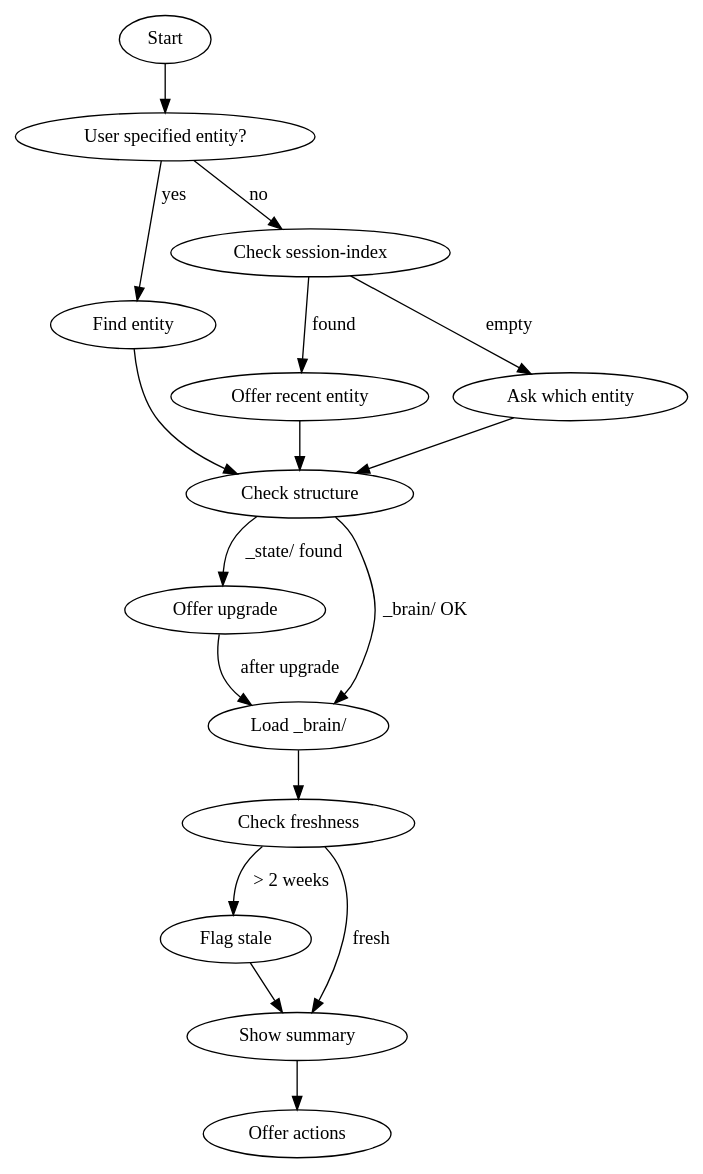
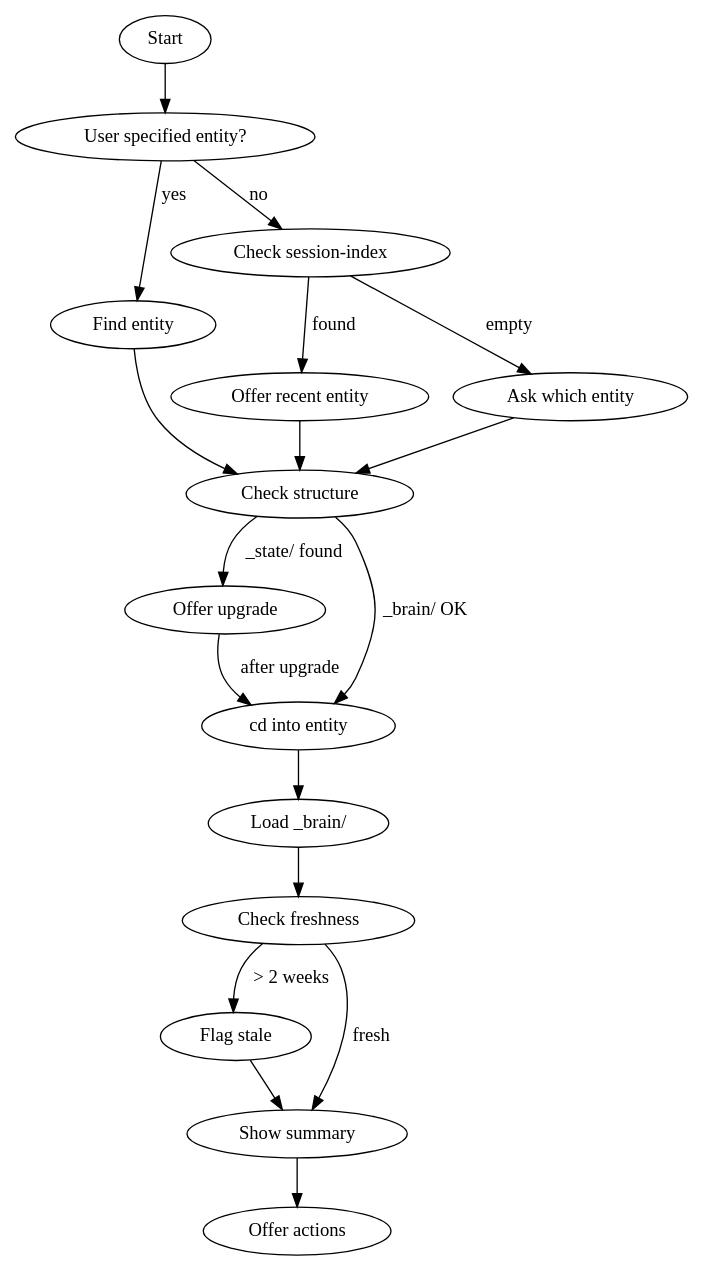
Before and after one commit to benslockedin/aliveskills: the diagram in skills/do/SKILL.md, drawn with Graphviz. The commit also changed other lines of this file and 5 other files, not shown here.

````diff
--- a/skills/do/SKILL.md
+++ b/skills/do/SKILL.md
@@ -14,20 +14,21 @@
 ```dot
 digraph do_flow {
     "Start" -> "User specified entity?";
     "User specified entity?" -> "Find entity" [label="yes"];
     "User specified entity?" -> "Check session-index" [label="no"];
     "Check session-index" -> "Offer recent entity" [label="found"];
     "Check session-index" -> "Ask which entity" [label="empty"];
     "Find entity" -> "Check structure";
     "Offer recent entity" -> "Check structure";
     "Ask which entity" -> "Check structure";
     "Check structure" -> "Offer upgrade" [label="_state/ found"];
-    "Check structure" -> "Load _brain/" [label="_brain/ OK"];
-    "Offer upgrade" -> "Load _brain/" [label="after upgrade"];
+    "Check structure" -> "cd into entity" [label="_brain/ OK"];
+    "Offer upgrade" -> "cd into entity" [label="after upgrade"];
+    "cd into entity" -> "Load _brain/";
     "Load _brain/" -> "Check freshness";
     "Check freshness" -> "Flag stale" [label="> 2 weeks"];
     "Check freshness" -> "Show summary" [label="fresh"];
     "Flag stale" -> "Show summary";
     "Show summary" -> "Offer actions";
 }
 ```
````
